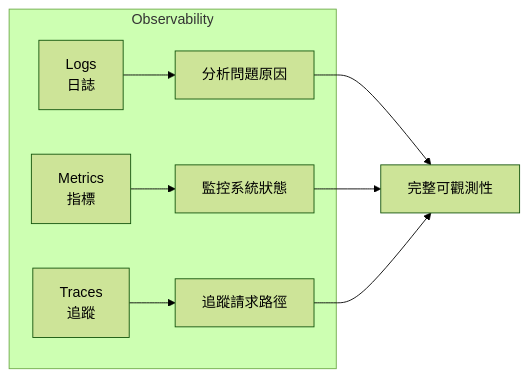
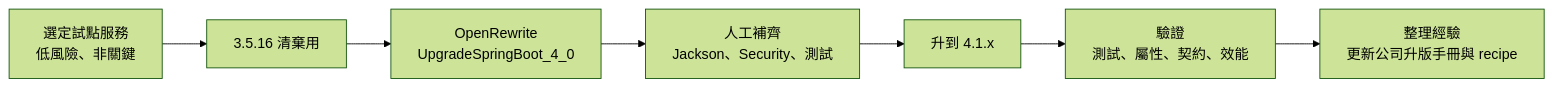
Diagram 11 of 13 in content/posts/教學/framework/Spring boot 4.x升版教學.md (chihhung/Blog), drawn with Mermaid (forest theme) before and after one commit. The commit also changed other lines of this file, not shown here.

Commit message:
docs: update Spring Boot 4.x升版教學

````diff
--- a/content/posts/教學/framework/Spring boot 4.x升版教學.md
+++ b/content/posts/教學/framework/Spring boot 4.x升版教學.md
@@ -2052,12 +3376,9 @@
 ```mermaid
 flowchart LR
-    subgraph Observability
-        A[Logs<br>日誌] --> D[分析問題原因]
-        B[Metrics<br>指標] --> E[監控系統狀態]
-        C[Traces<br>追蹤] --> F[追蹤請求路徑]
-    end
-    
-    D --> G[完整可觀測性]
-    E --> G
-    F --> G
+    A["選定試點服務<br/>低風險、非關鍵"] --> B["3.5.16 清棄用"]
+    B --> C["OpenRewrite<br/>UpgradeSpringBoot_4_0"]
+    C --> D["人工補齊<br/>Jackson、Security、測試"]
+    D --> E["升到 4.1.x"]
+    E --> F["驗證<br/>測試、屬性、契約、效能"]
+    F --> G["整理經驗<br/>更新公司升版手冊與 recipe"]
 ```
````
